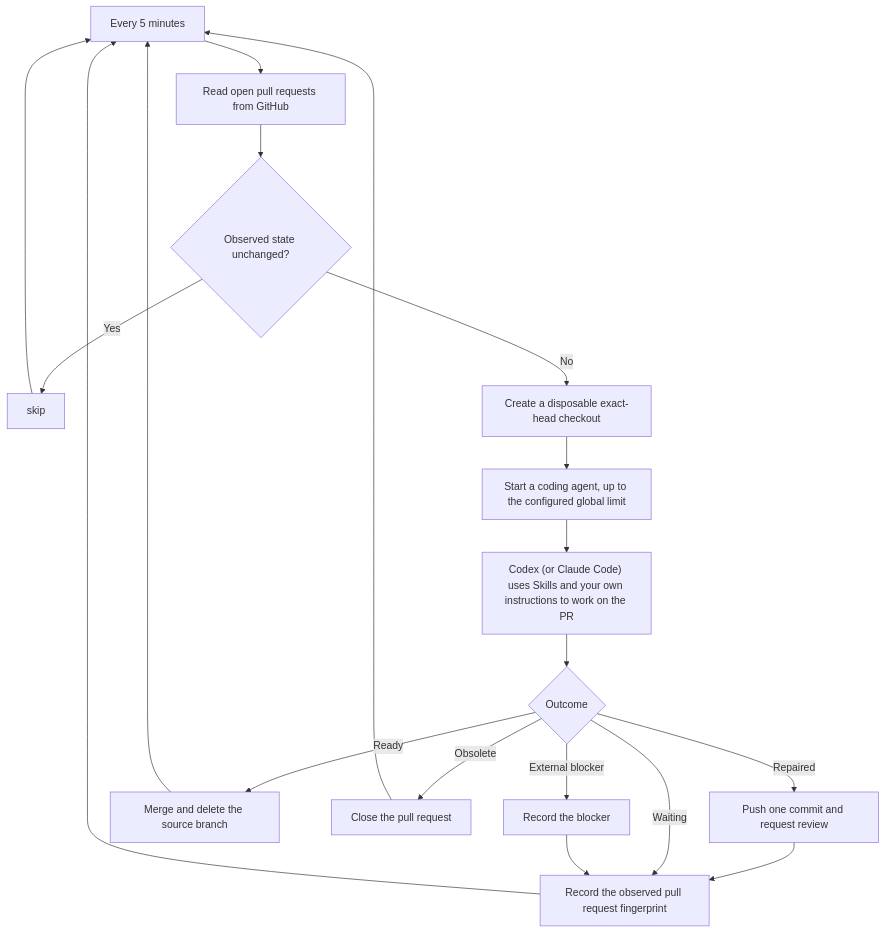
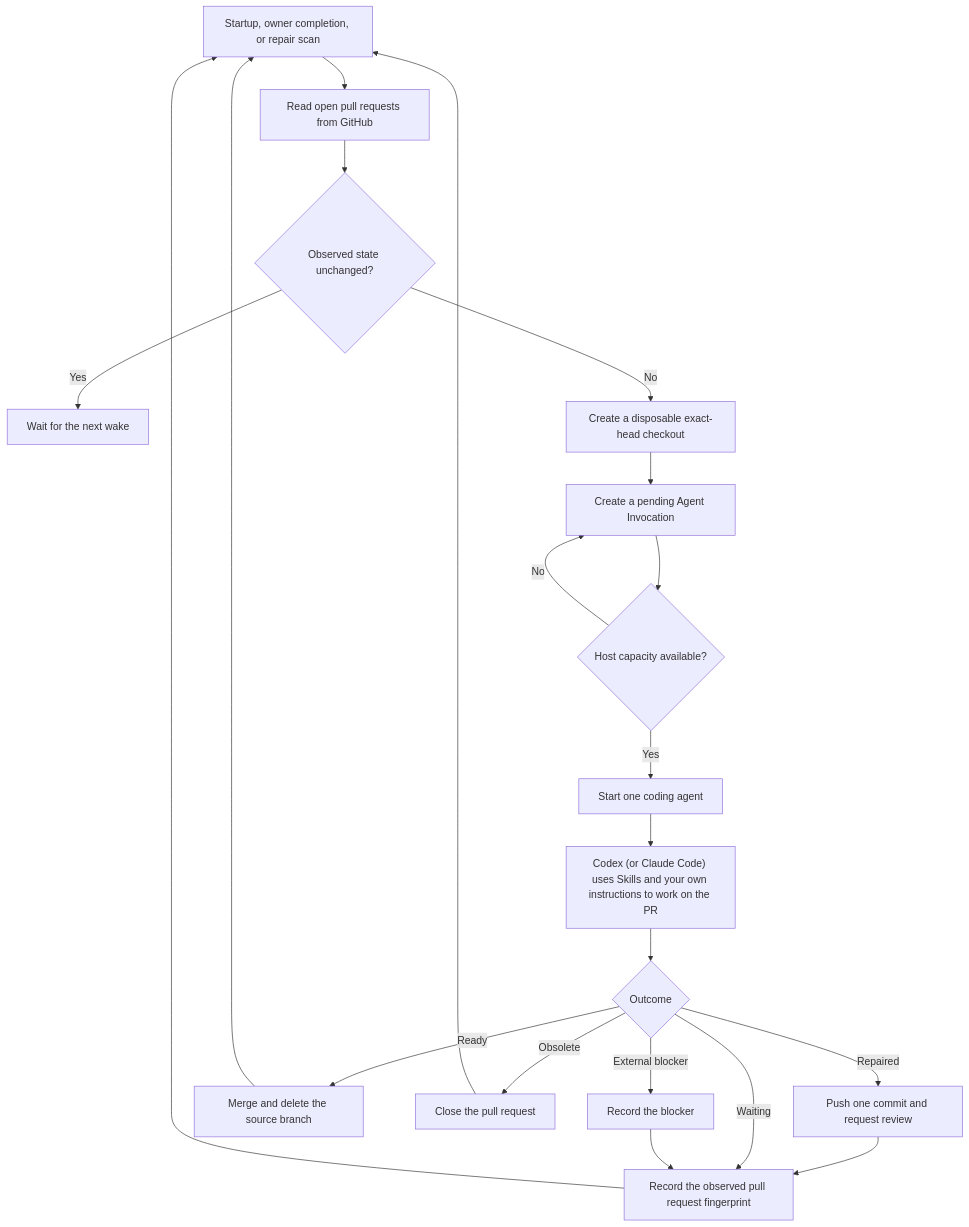
One commit to vite-hub/vitehub changed the diagram in README.md. Above: the diagram before and after it, drawn with Mermaid. The commit also changed other lines of this file and 16 other files, not shown here.

Commit message:
feat: dispatch pull requests on demand

````diff
--- a/README.md
+++ b/README.md
@@ -7,21 +7,23 @@
 ```mermaid
 flowchart TD
-    schedule["Every 5 minutes"] --> discover["Read open pull requests from GitHub"]
+    wake["Startup, owner completion, or repair scan"] --> discover["Read open pull requests from GitHub"]
     discover --> unchanged{"Observed state unchanged?"}
-    unchanged -- Yes --> skip
-    skip --> schedule
+    unchanged -- Yes --> wait["Wait for the next wake"]
     unchanged -- No --> checkout["Create a disposable exact-head checkout"]
-    checkout --> agent["Start a coding agent, up to the configured global limit"]
+    checkout --> pending["Create a pending Agent Invocation"]
+    pending --> capacity{"Host capacity available?"}
+    capacity -- No --> pending
+    capacity -- Yes --> agent["Start one coding agent"]
     agent --> work["Codex (or Claude Code) uses Skills and your own instructions to work on the PR"]
     work --> outcome{"Outcome"}
     outcome -- Repaired --> review["Push one commit and request review"]
     review --> park["Record the observed pull request fingerprint"]
     outcome -- Waiting --> park
     outcome -- Ready --> merge["Merge and delete the source branch"]
     outcome -- Obsolete --> close["Close the pull request"]
     outcome -- External blocker --> block["Record the blocker"]
     block --> park
-    park --> schedule
-    merge --> schedule
-    close --> schedule
+    park --> wake
+    merge --> wake
+    close --> wake
 ```
````
